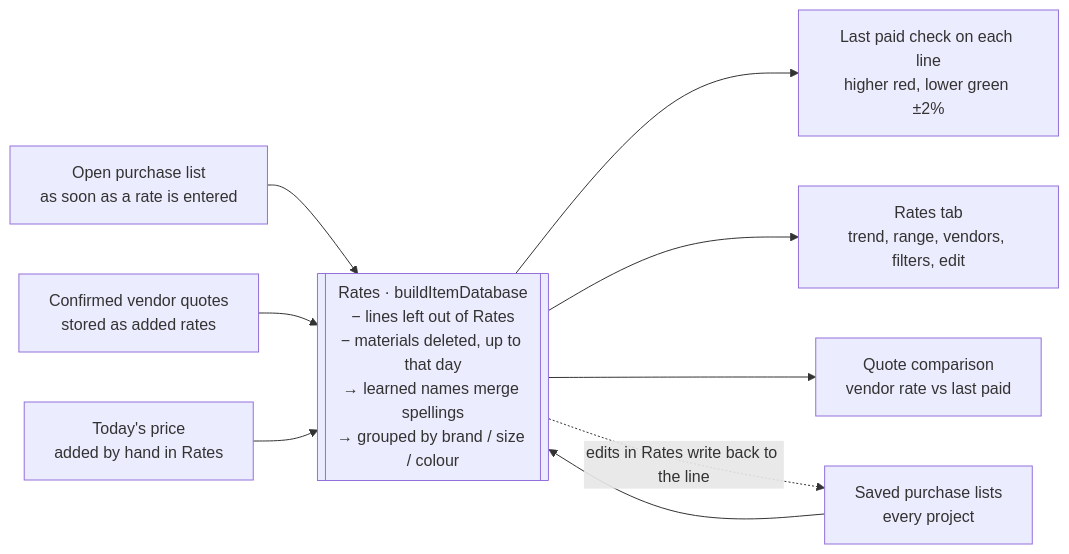
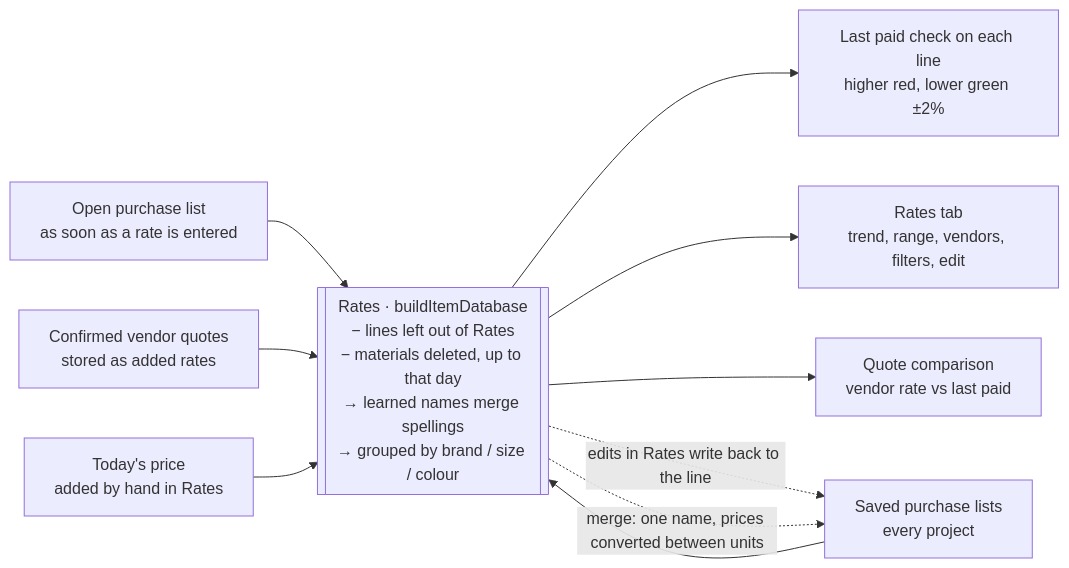
The third of 6 diagrams in docs/Nirman workflows.md (parikshit99/nirman), drawn with Mermaid before and after one commit. The commit also changed other lines of this file and 33 other files, not shown here.

First line of the commit message:
Nirman 7.1: one name per material; Site report button and ⋮ menu fixes (#94)

````diff
--- a/docs/Nirman workflows.md
+++ b/docs/Nirman workflows.md
@@ -88,12 +90,13 @@
 ```mermaid
 flowchart LR
   A[Open purchase list<br/>as soon as a rate is entered] --> DB
   B[Saved purchase lists<br/>every project] --> DB
   C[Confirmed vendor quotes<br/>stored as added rates] --> DB
   D[Today's price<br/>added by hand in Rates] --> DB
   DB[[Rates · buildItemDatabase<br/>− lines left out of Rates<br/>− materials deleted, up to that day<br/>→ learned names merge spellings<br/>→ grouped by brand / size / colour]]
   DB --> L[Last paid check on each line<br/>higher red, lower green ±2%]
   DB --> RT[Rates tab<br/>trend, range, vendors, filters, edit]
   DB --> QC[Quote comparison<br/>vendor rate vs last paid]
   DB -. edits in Rates write back to the line .-> B
+  DB -. merge: one name, prices converted between units .-> B
 ```
````
